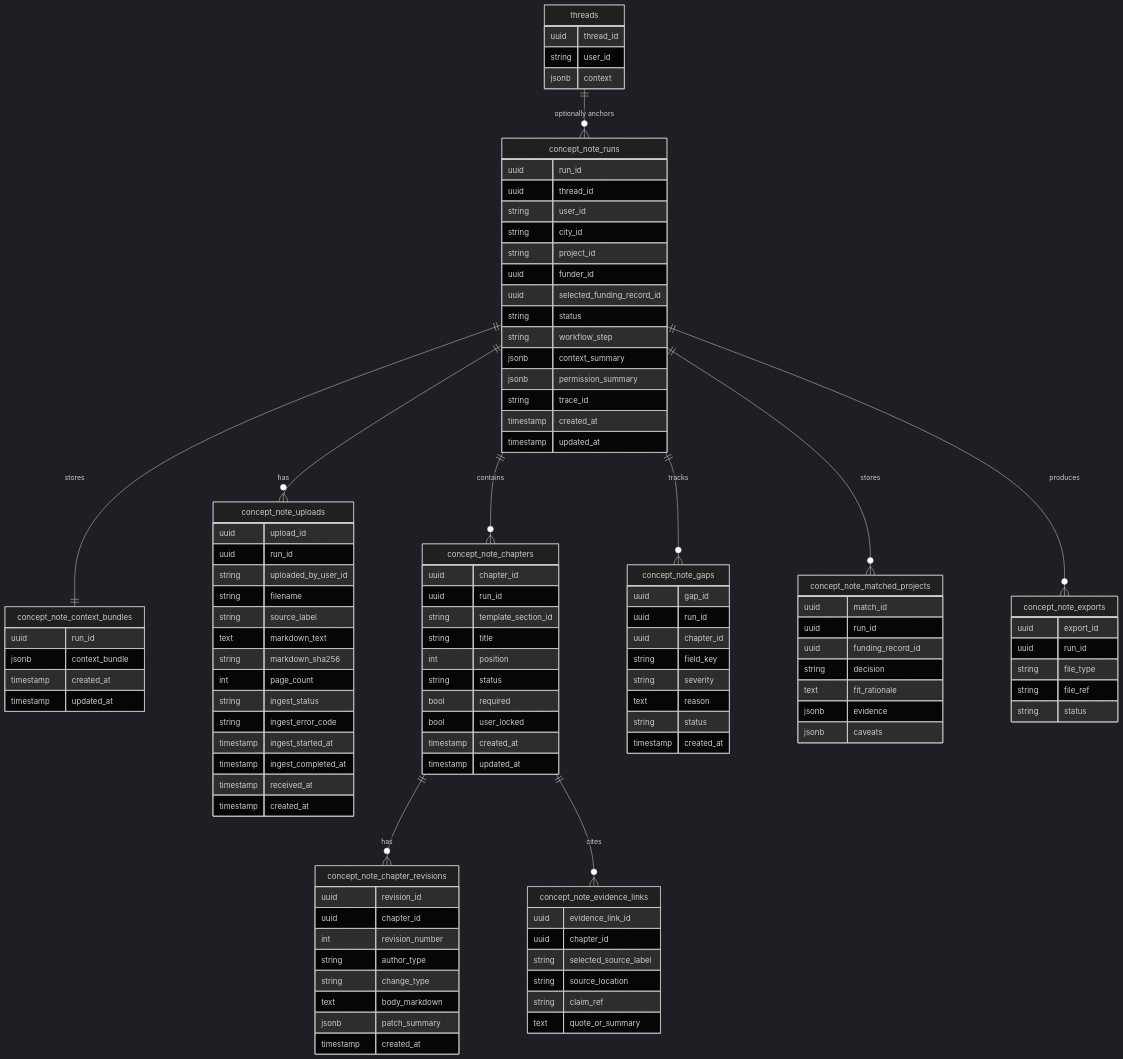
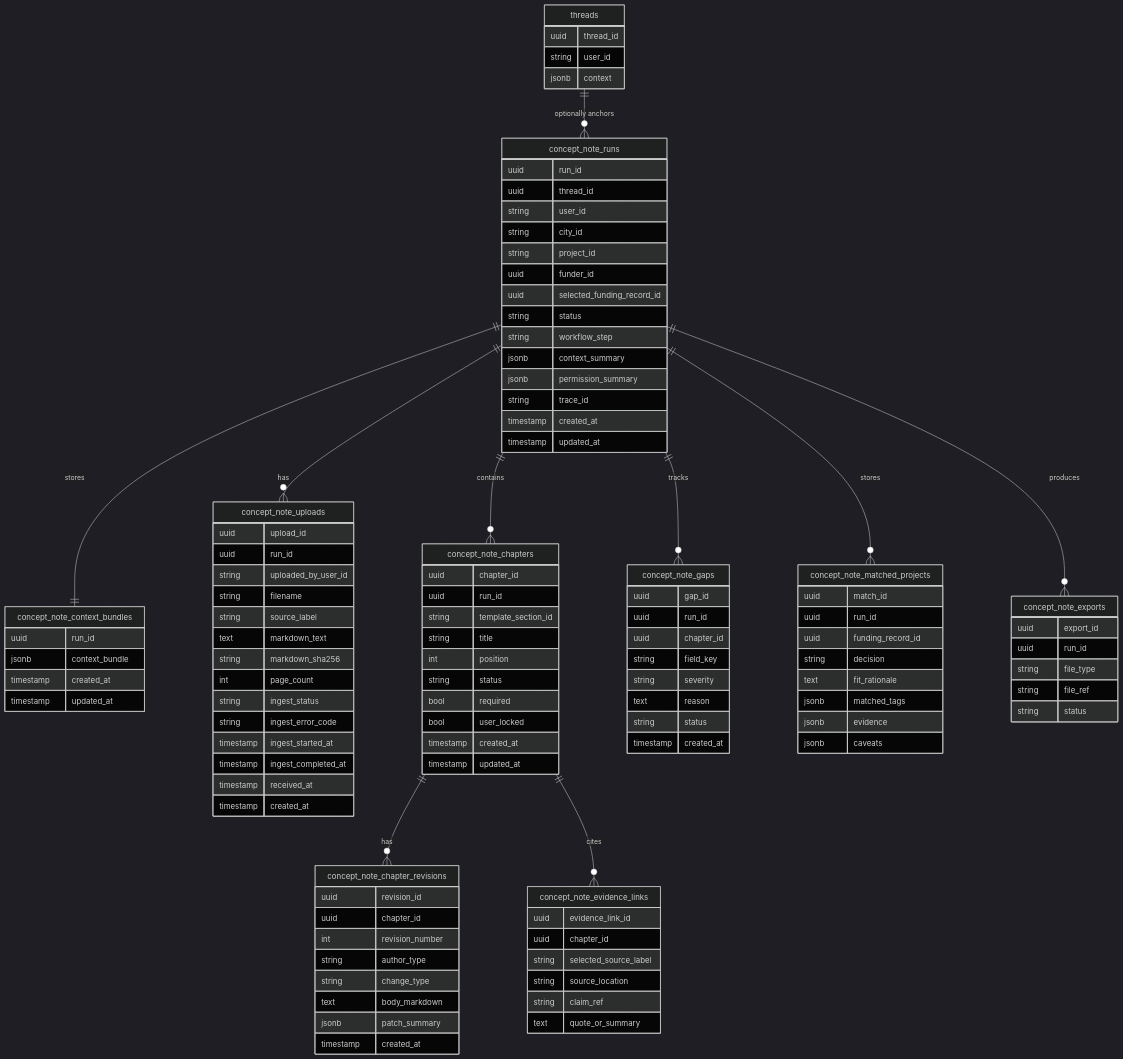
The sixth of 14 diagrams in docs/ConceptNoteBuilderArchitecture.md (Open-Earth-Foundation/CityCatalyst), drawn with Mermaid (dark theme) before and after one commit. The commit also changed other lines of this file and 40 other files, not shown here.

```diff
--- a/docs/ConceptNoteBuilderArchitecture.md
+++ b/docs/ConceptNoteBuilderArchitecture.md
@@ -654,6 +661,7 @@
         uuid funding_record_id
         string decision
         text fit_rationale
+        jsonb matched_tags
         jsonb evidence
         jsonb caveats
     }
```
